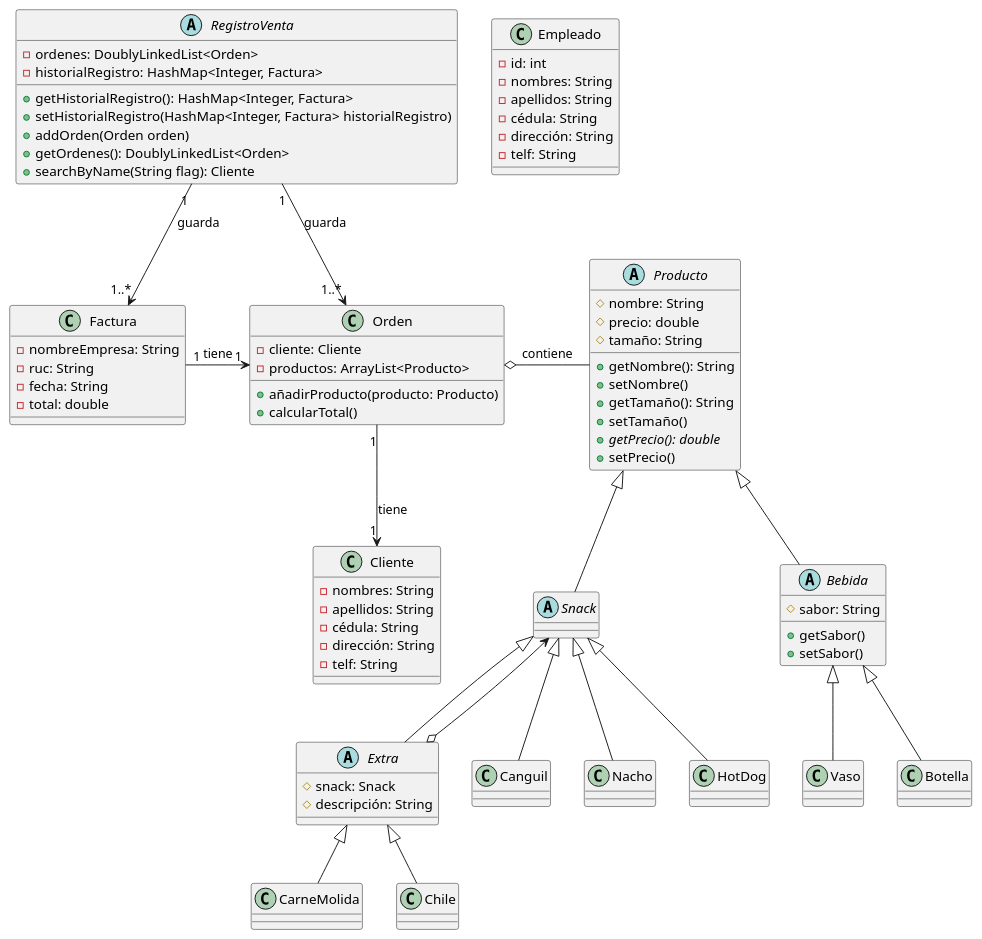
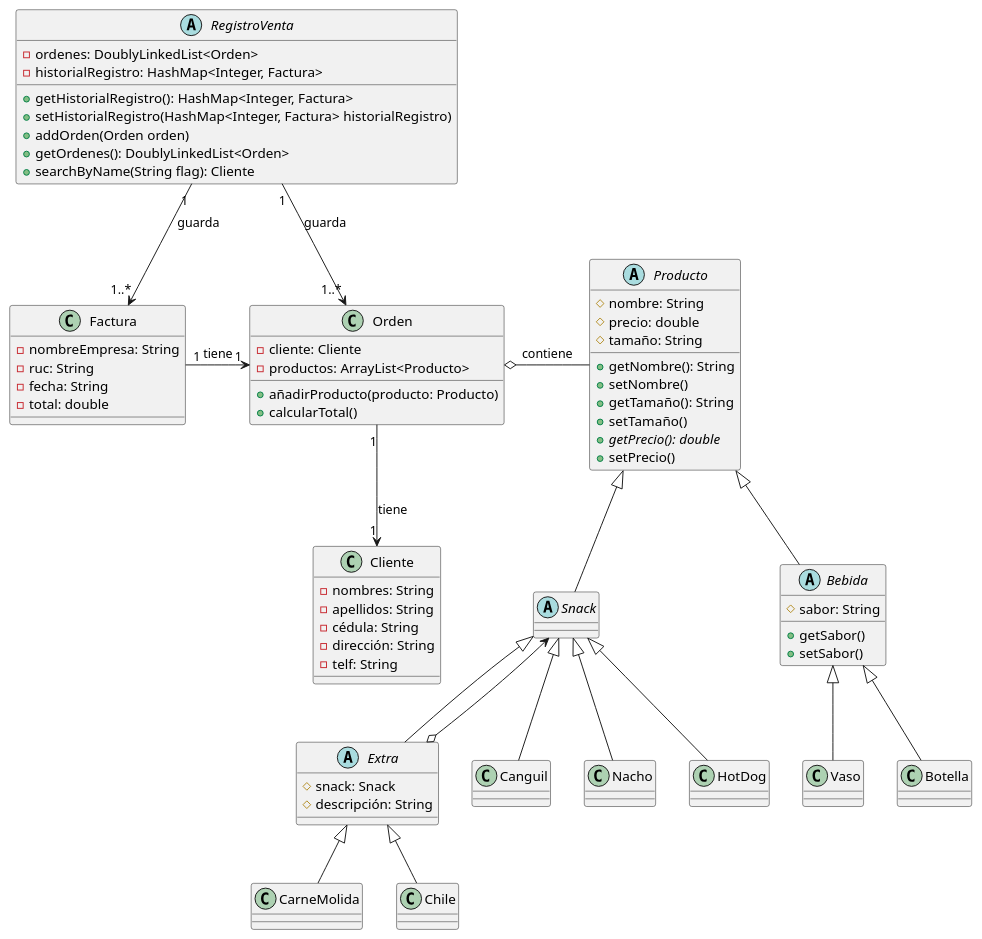
One commit to CroodcekDeep/Sistema-Cine changed the diagram in src/UML/Cinema.puml. Above: the diagram before and after it, drawn with PlantUML. The commit also changed 2 other files, not shown here.

Commit message:
delete: Empleado class of the UML Diagram

```diff
--- a/src/UML/Cinema.puml
+++ b/src/UML/Cinema.puml
@@ -1,134 +1,113 @@
 @startuml
 'https://plantuml.com/class-diagram
 
 abstract class RegistroVenta{
     -ordenes: DoublyLinkedList<Orden>
     -historialRegistro: HashMap<Integer, Factura>
 
     +getHistorialRegistro(): HashMap<Integer, Factura>
     +setHistorialRegistro(HashMap<Integer, Factura> historialRegistro)
     +addOrden(Orden orden)
     +getOrdenes(): DoublyLinkedList<Orden>
     +searchByName(String flag): Cliente
 }
 
 class Cliente {
     -nombres: String
     -apellidos: String
     -cédula: String
     -dirección: String
     -telf: String
-    '+getNombres()
-    '+setNombres()
-    '+getApellidos()
-    '+setApellidos()
-    '+getCédula()
-    '+setCédula()
-    '+getDirección()
-    '+setDirección()
-    '+getTelf()
-    '+setTelf()
-}
-
-class Empleado{
-    -id: int
-    -nombres: String
-    -apellidos: String
-    -cédula: String
-    -dirección: String
-    -telf: String
-    '+getId()
-    '+setId()
     '+getNombres()
     '+setNombres()
     '+getApellidos()
     '+setApellidos()
     '+getCédula()
     '+setCédula()
     '+getDirección()
     '+setDirección()
     '+getTelf()
     '+setTelf()
 }
 
 class Factura{
     -nombreEmpresa: String
     -ruc: String
     -fecha: String
     -total: double
 }
 
 class Orden {
     -cliente: Cliente
     -productos: ArrayList<Producto>
 
     +añadirProducto(producto: Producto)
     +calcularTotal()
 }
 
 ' Comprar Comida
 abstract class Producto{
     #nombre: String
     #precio: double
     #tamaño: String
 
     +getNombre(): String
     +setNombre()
     +getTamaño(): String
     +setTamaño()
     +getPrecio(): double {abstract}
     +setPrecio()
 }
 
 abstract class Bebida{
     #sabor: String
 
     +getSabor()
     +setSabor()
 }
 
 abstract class Snack {
 
 }
 
 abstract class Extra{
     #snack: Snack
     #descripción: String
 }
 
 class Canguil{
     '+precio(): double
 }
 
 class Nacho{
     '+precio(): double
 }
 
 class HotDog{
     '+precio(): double
 }
 
 ' Patrón de Diseño -> Decorator
 Orden o- Producto: contiene
 
 Factura "1"->"1" Orden: tiene
 
 Producto <|-- Snack
 Producto <|-- Bebida
 
 Snack <|-- Extra
 Snack <--o Extra
 Snack <|-- Nacho
 Snack <|-- HotDog
 Snack <|-- Canguil
 Extra <|-- CarneMolida
 Extra <|-- Chile
 
 Bebida <|-- Vaso
 Bebida <|-- Botella
 
 Orden "1"-->"1" Cliente: tiene
 RegistroVenta "1"-->"1..*" Orden: guarda
 RegistroVenta "1"-->"1..*" Factura: guarda
 
 @enduml
```
